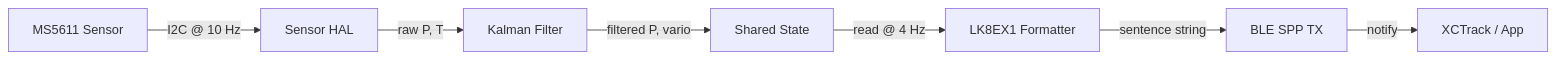
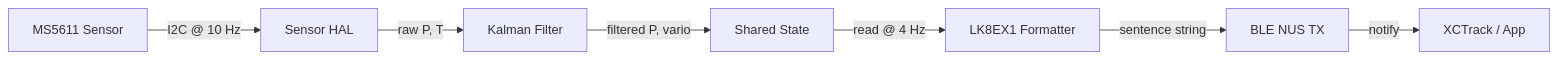
One commit to vabarcaPWR/esp-fly-in-peace changed the first of 3 diagrams in docs/architecture/architecture.md. Above: the diagram before and after it, drawn with Mermaid. The commit also changed other lines of this file and 9 other files, not shown here.

````diff
--- a/docs/architecture/architecture.md
+++ b/docs/architecture/architecture.md
@@ -79,9 +79,9 @@
 ```mermaid
 graph LR
     A[MS5611 Sensor] -->|I2C @ 10 Hz| B[Sensor HAL]
     B -->|raw P, T| C[Kalman Filter]
     C -->|filtered P, vario| D[Shared State]
     D -->|read @ 4 Hz| E[LK8EX1 Formatter]
-    E -->|sentence string| F[BLE SPP TX]
+    E -->|sentence string| F[BLE NUS TX]
     F -->|notify| G[XCTrack / App]
 ```
````
